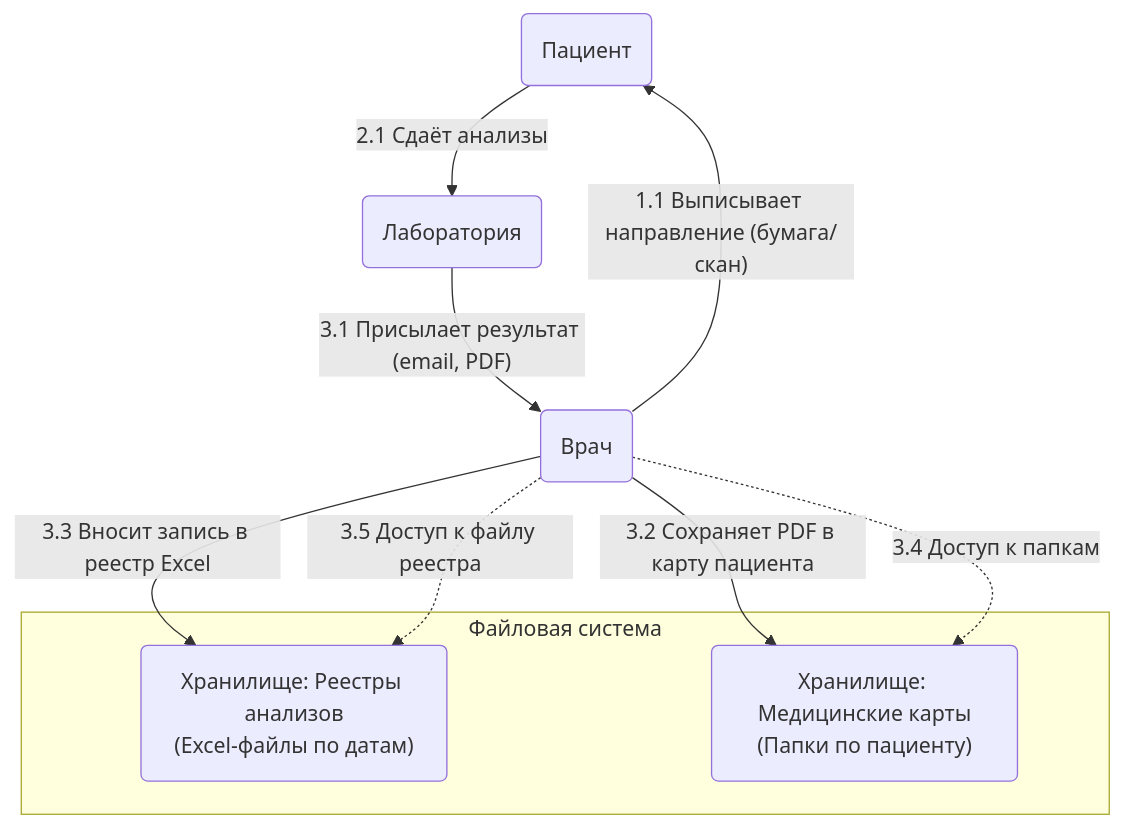
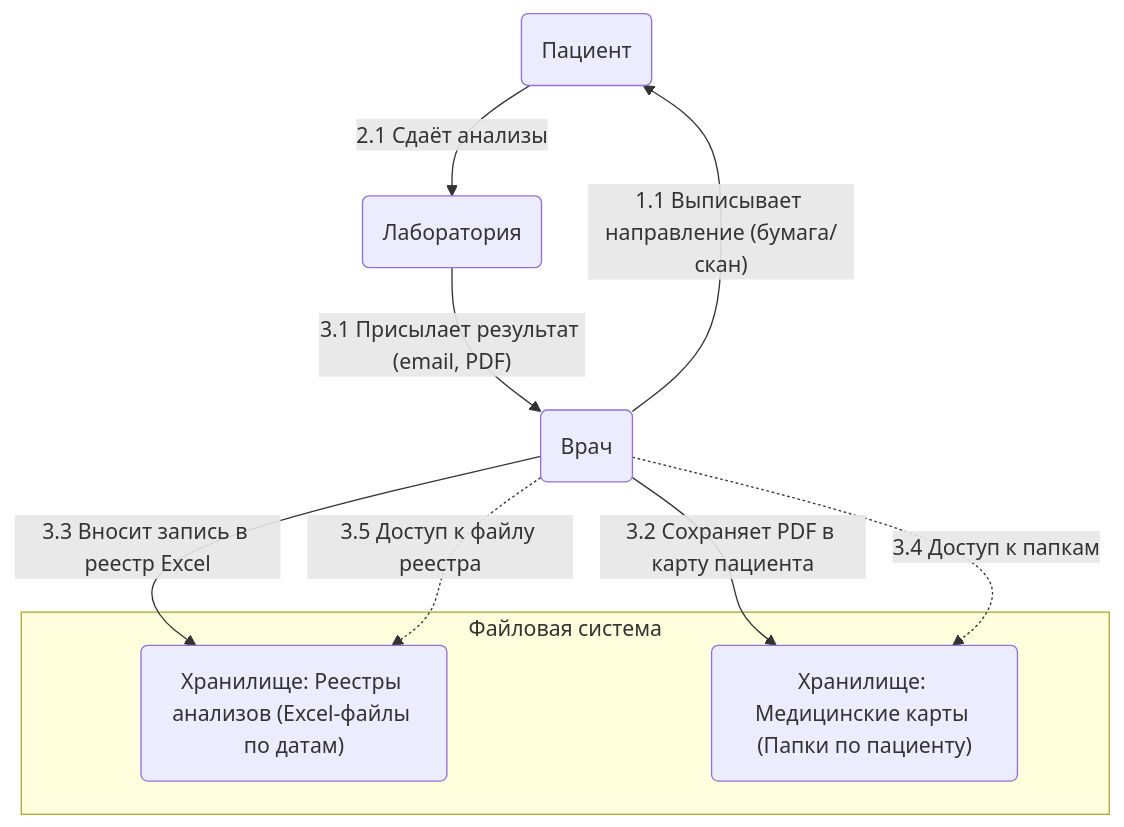
The sixth of 9 diagrams in Task1/README.md (mgalimullin/architecture-medikamente), drawn with Mermaid before and after one commit. The commit also changed other lines of this file, not shown here.

````diff
--- a/Task1/README.md
+++ b/Task1/README.md
@@ -154,19 +154,19 @@
 ```mermaid
 graph TD
     Patient("Пациент")
     Doctor("Врач")
     Lab("Лаборатория")
 
     subgraph "Файловая система"
-        LabRegistry("Хранилище: Реестры анализов\n(Excel-файлы по датам)")
-        MedCards("Хранилище: Медицинские карты\n(Папки по пациенту)")
+        LabRegistry("Хранилище: Реестры анализов (Excel-файлы по датам)")
+        MedCards("Хранилище: Медицинские карты (Папки по пациенту)")
     end
 
     Doctor -->|"1.1 Выписывает направление (бумага/скан)"| Patient
     Patient -->|"2.1 Сдаёт анализы"| Lab
     Lab -->|"3.1 Присылает результат (email, PDF)"| Doctor
     Doctor -->|"3.2 Сохраняет PDF в карту пациента"| MedCards
     Doctor -->|"3.3 Вносит запись в реестр Excel"| LabRegistry
     Doctor -.->|"3.4 Доступ к папкам"| MedCards
     Doctor -.->|"3.5 Доступ к файлу реестра"| LabRegistry
 ```
````
